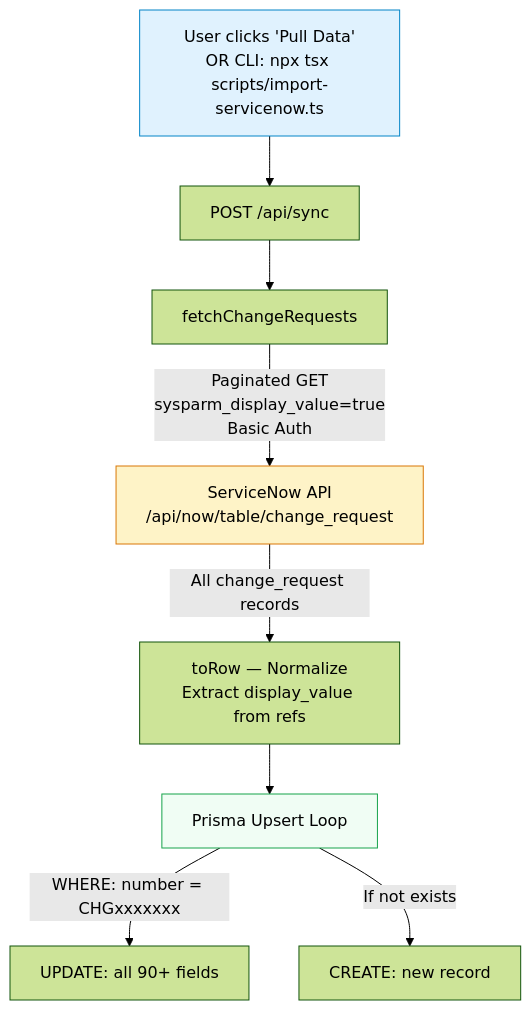
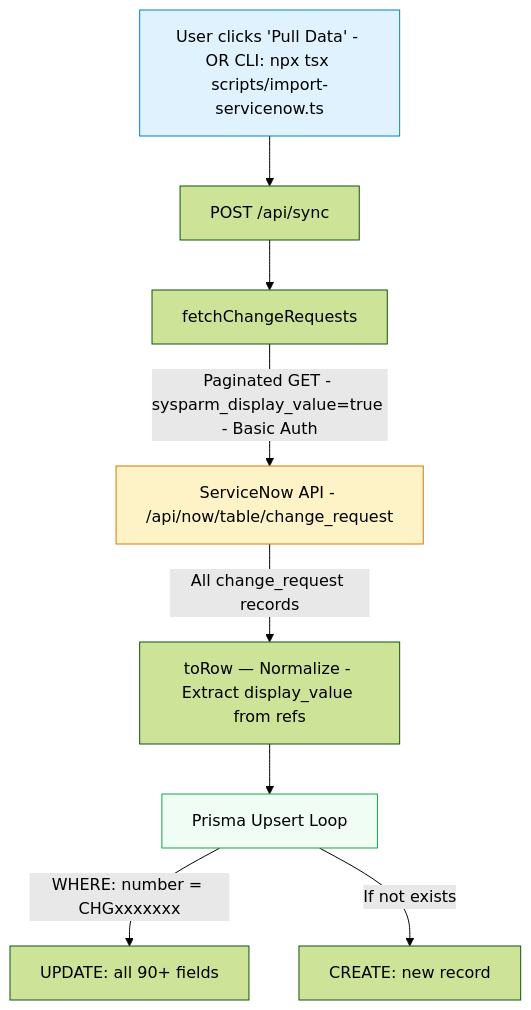
The fifth of 10 diagrams in docs/ARCHITECTURE.md (jj-shen99/changefabric), drawn with Mermaid (forest theme) before and after one commit. The commit also changed other lines of this file and 10 other files, not shown here.

First line of the commit message:
Fix Mermaid syntax errors, update all docs to v1.3.0

````diff
--- a/docs/ARCHITECTURE.md
+++ b/docs/ARCHITECTURE.md
@@ -248,14 +248,14 @@
 ```mermaid
 flowchart TB
-    TRIG["User clicks 'Pull Data'<br/>OR CLI: npx tsx scripts/import-servicenow.ts"] --> SYNC[POST /api/sync]
+    TRIG["User clicks 'Pull Data' - OR CLI: npx tsx scripts/import-servicenow.ts"] --> SYNC[POST /api/sync]
     SYNC --> FETCH[fetchChangeRequests]
-    FETCH -->|"Paginated GET<br/>sysparm_display_value=true<br/>Basic Auth"| SN[ServiceNow API<br/>/api/now/table/change_request]
-    SN -->|"All change_request records"| NORM[toRow — Normalize<br/>Extract display_value from refs]
+    FETCH -->|"Paginated GET - sysparm_display_value=true - Basic Auth"| SN[ServiceNow API - /api/now/table/change_request]
+    SN -->|"All change_request records"| NORM[toRow — Normalize - Extract display_value from refs]
     NORM --> UPSERT[Prisma Upsert Loop]
     UPSERT -->|"WHERE: number = CHGxxxxxxx"| UPD[UPDATE: all 90+ fields]
     UPSERT -->|"If not exists"| CRE[CREATE: new record]
 
     style TRIG fill:#e0f2fe,stroke:#0284c7
     style SN fill:#fef3c7,stroke:#d97706
     style UPSERT fill:#f0fdf4,stroke:#16a34a
 ```
````
